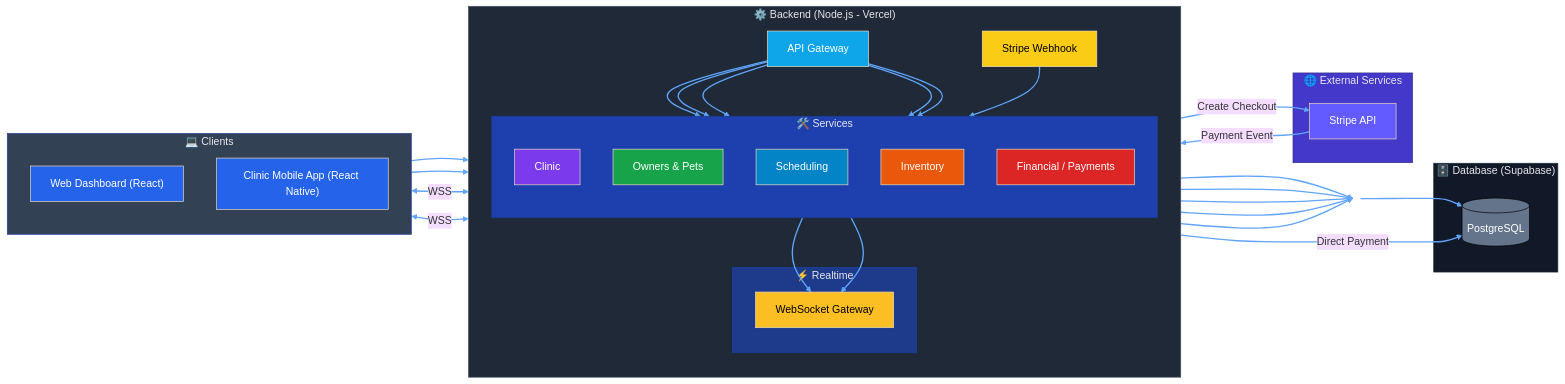
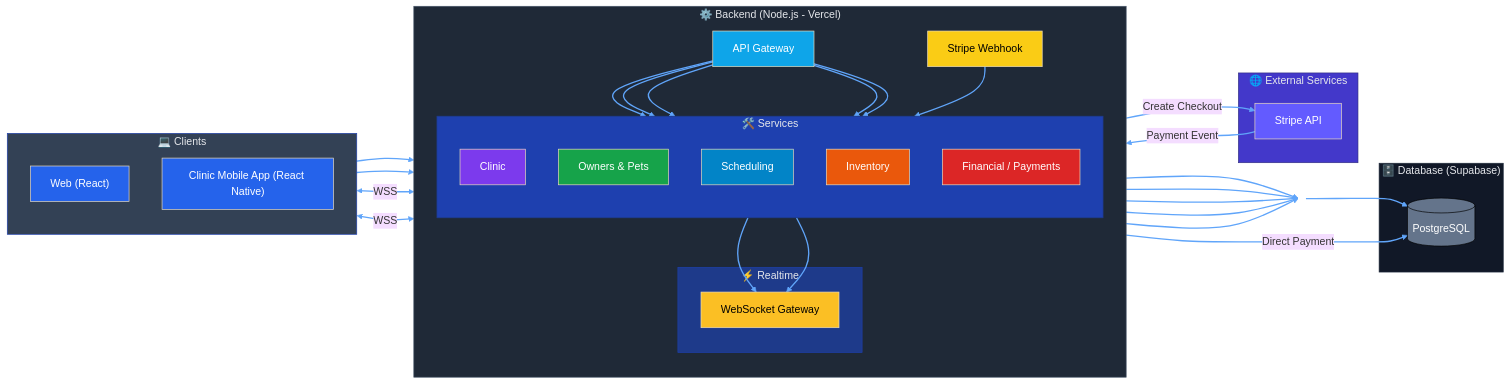
The second of 2 diagrams in docs/contexto.md (ICEI-PUC-Minas-PMV-SI/pmv-si-2026-1-pe6-t1-t1-g5-pet-shop), drawn with Mermaid before and after one commit.

Commit message:
doc: Adjusted code

```diff
--- a/docs/contexto.md
+++ b/docs/contexto.md
@@ -481,7 +481,7 @@
 %% Clients
 subgraph CLIENTS["💻 Clients"]
 direction TB
-WEB["Web Dashboard (React)"]
+WEB["Web (React)"]
 MOBILE["Clinic Mobile App (React Native)"]
 end
 
```
